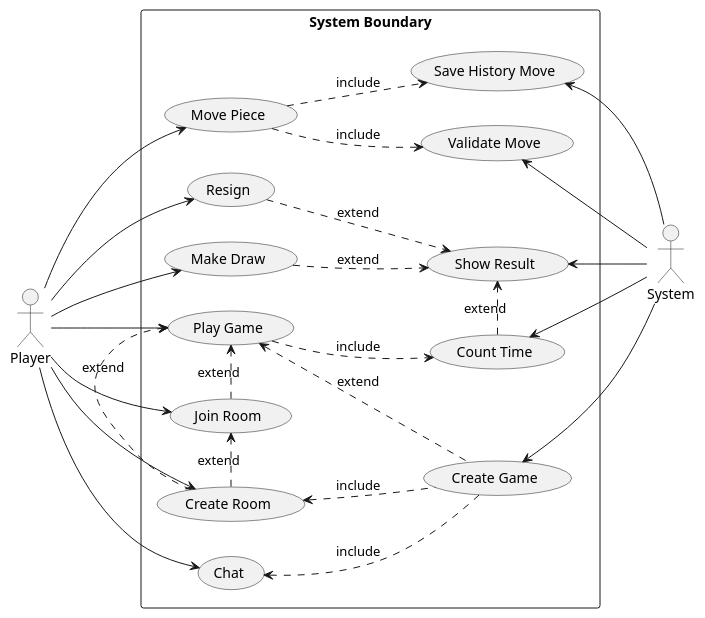
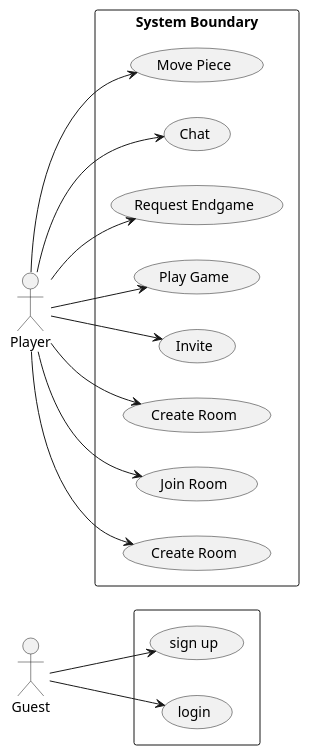
One commit to 3zard/Chess-Game changed the diagram in Diagram/Use Case Diagram/useCaseDiagram.pu. Above: the diagram before and after it, drawn with PlantUML. The commit also changed 1 other file, not shown here.

Commit message:
Huy | Fixing class diagram and use case diagram

```diff
--- a/Diagram/Use Case Diagram/useCaseDiagram.pu
+++ b/Diagram/Use Case Diagram/useCaseDiagram.pu
@@ -1,64 +1,30 @@
 @startuml useCaseDiagram
 left to right direction
+actor Guest 
+rectangle {
+    usecase "sign up"as signUp
+    usecase "login"as login
+}
 actor Player
-actor System
-
 rectangle "System Boundary" {
-
     usecase "Move Piece"as movePiece
     usecase "Chat" as chat
-    usecase "Make Draw" as makeDraw
+    usecase "Request Endgame" as requestEndgame
     usecase "Play Game" as playGame
+    usecase "Invite" as invite
     usecase "Create Room" as createRoom
     usecase "Join Room" as joinRoom
-    usecase "Resign" as resign
-    usecase "Count Time" as timeOut 
-    usecase "Save History Move" as saveHistoryMove
-    usecase "Validate Move" as validateMove
-    usecase "Create Game" as createGame
-    usecase "Show Result" as showResult
+    usecase "Create Room" as createGame
+}
+Guest --> signUp
+Guest --> login
 
-}
-Player -down-> movePiece
-Player -down-> joinRoom
-Player -down-> chat
-Player -down-> playGame
-Player -down-> createRoom
-Player -down-> resign
-Player -down-> makeDraw
-    movePiece-[hidden]-(validateMove)
-    movePiece-[hidden]-(saveHistoryMove)
-    playGame-[hidden]-(showResult)
-    makeDraw-[hidden]-(showResult)
-    makeDraw-[hidden]-(timeOut)
-
-    resign-[hidden]-(showResult)
-
-    playGame-[hidden]-(timeOut)
-    chat-[hidden]-(createGame)
-    createRoom-[hidden]-(timeOut)
-    joinRoom-[hidden]-(timeOut)
-
-    playGame-[hidden]-(createGame)
-
-
-System -up-> createGame
-System -up-> timeOut
-System -up-> saveHistoryMove
-System -up-> validateMove
-System -up-> showResult
-movePiece .> validateMove : include
-
-chat <. createGame : include
-createRoom <. createGame : include
-createRoom .> joinRoom : extend
-playGame <. createGame : extend
-timeOut .> showResult : extend
-makeDraw .> showResult : extend
-resign .> showResult : extend
-movePiece .> saveHistoryMove: include
-playGame .> timeOut :include
-joinRoom .> playGame : extend
-createRoom .> playGame : extend
-
+Player --> movePiece
+Player --> chat
+Player --> requestEndgame
+Player --> playGame
+Player --> invite
+Player --> createRoom
+Player --> joinRoom
+Player --> createGame
 @endum
```
